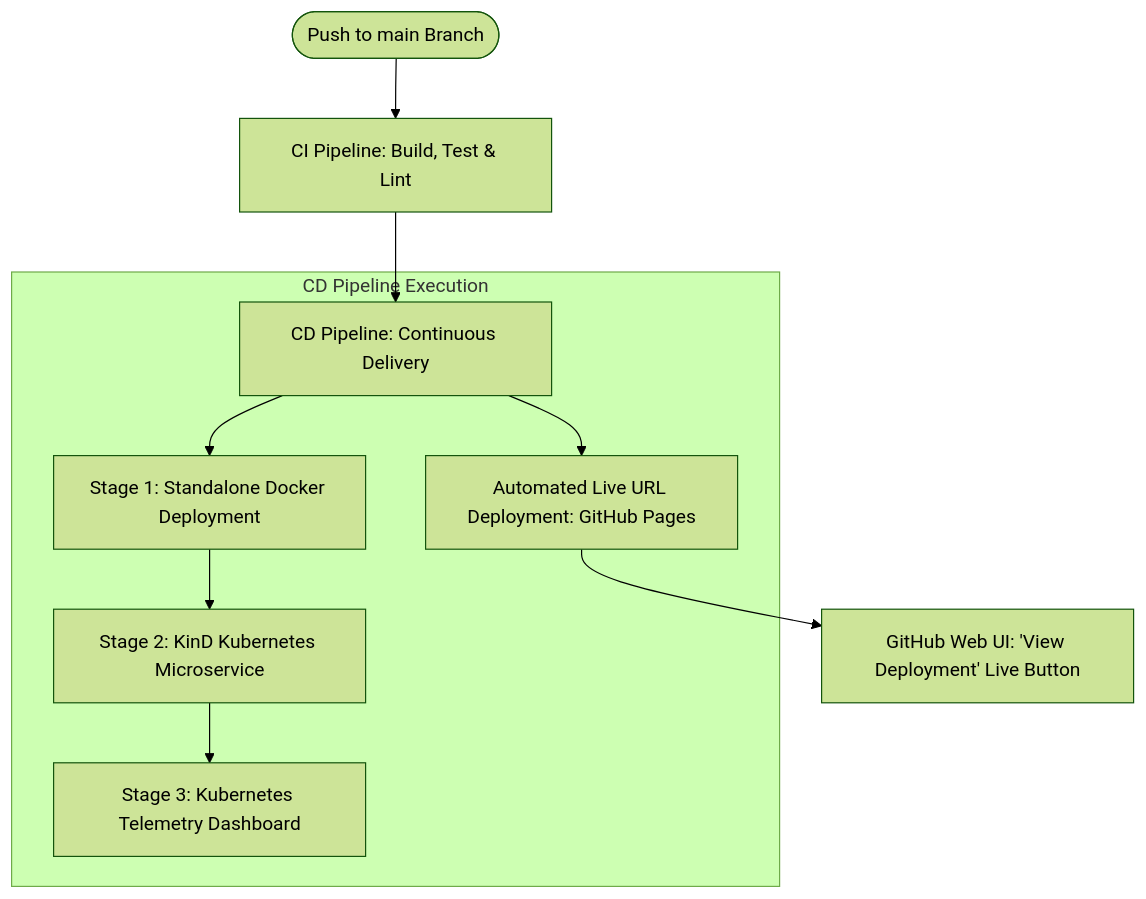
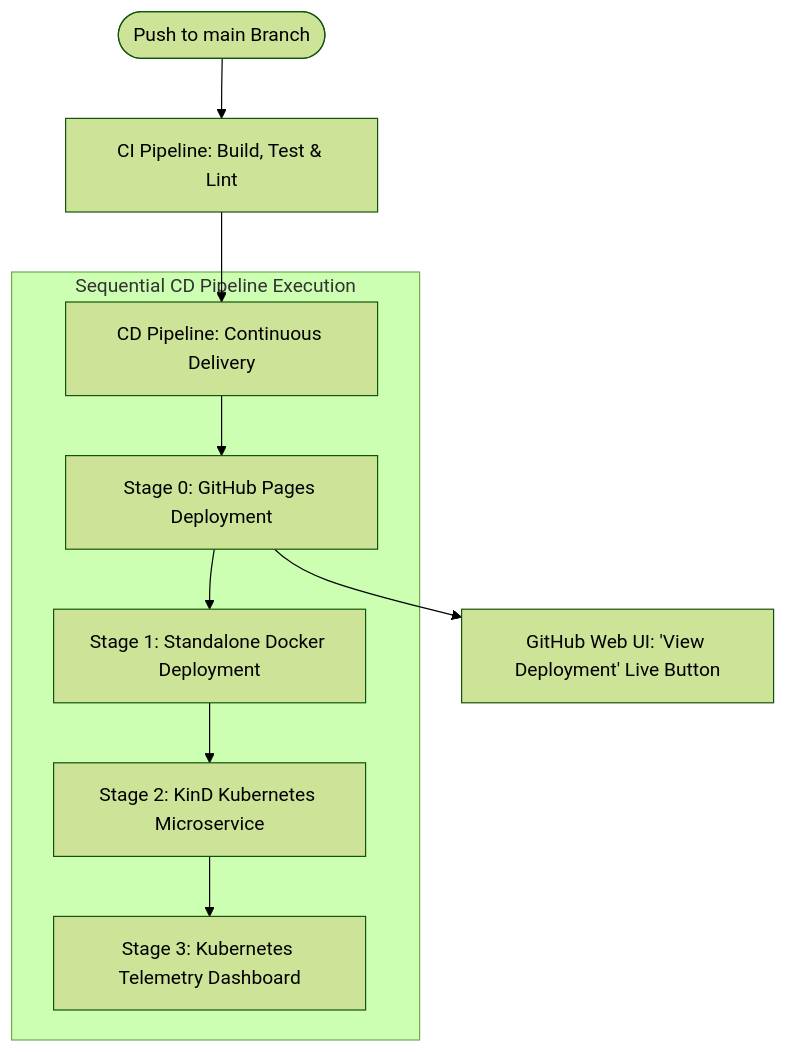
The diagram in docs/CI_CD_DEMO_PLAN.md (CEME-DC-SE/CEME-DC-SE-CI_CD_K8s_Demo), drawn with Mermaid (forest theme) before and after one commit. The commit also changed other lines of this file and 1 other file, not shown here.

Commit message:
ci(cd): make CD pipeline jobs strictly sequential starting from Stage 0 GitHub Pages deployment

````diff
--- a/docs/CI_CD_DEMO_PLAN.md
+++ b/docs/CI_CD_DEMO_PLAN.md
@@ -14,15 +14,14 @@
 ```mermaid
 graph TD
     Push([Push to main Branch]) --> CI[CI Pipeline: Build, Test & Lint]
     CI --> CD[CD Pipeline: Continuous Delivery]
     
-    subgraph "CD Pipeline Execution"
-        CD --> Stage1[Stage 1: Standalone Docker Deployment]
-        CD --> Pages[Automated Live URL Deployment: GitHub Pages]
-        
+    subgraph "Sequential CD Pipeline Execution"
+        CD --> Stage0[Stage 0: GitHub Pages Deployment]
+        Stage0 --> Stage1[Stage 1: Standalone Docker Deployment]
         Stage1 --> Stage2[Stage 2: KinD Kubernetes Microservice]
         Stage2 --> Stage3[Stage 3: Kubernetes Telemetry Dashboard]
     end
 
-    Pages --> GUI["GitHub Web UI: 'View Deployment' Live Button"]
+    Stage0 --> GUI["GitHub Web UI: 'View Deployment' Live Button"]
 ```
````
